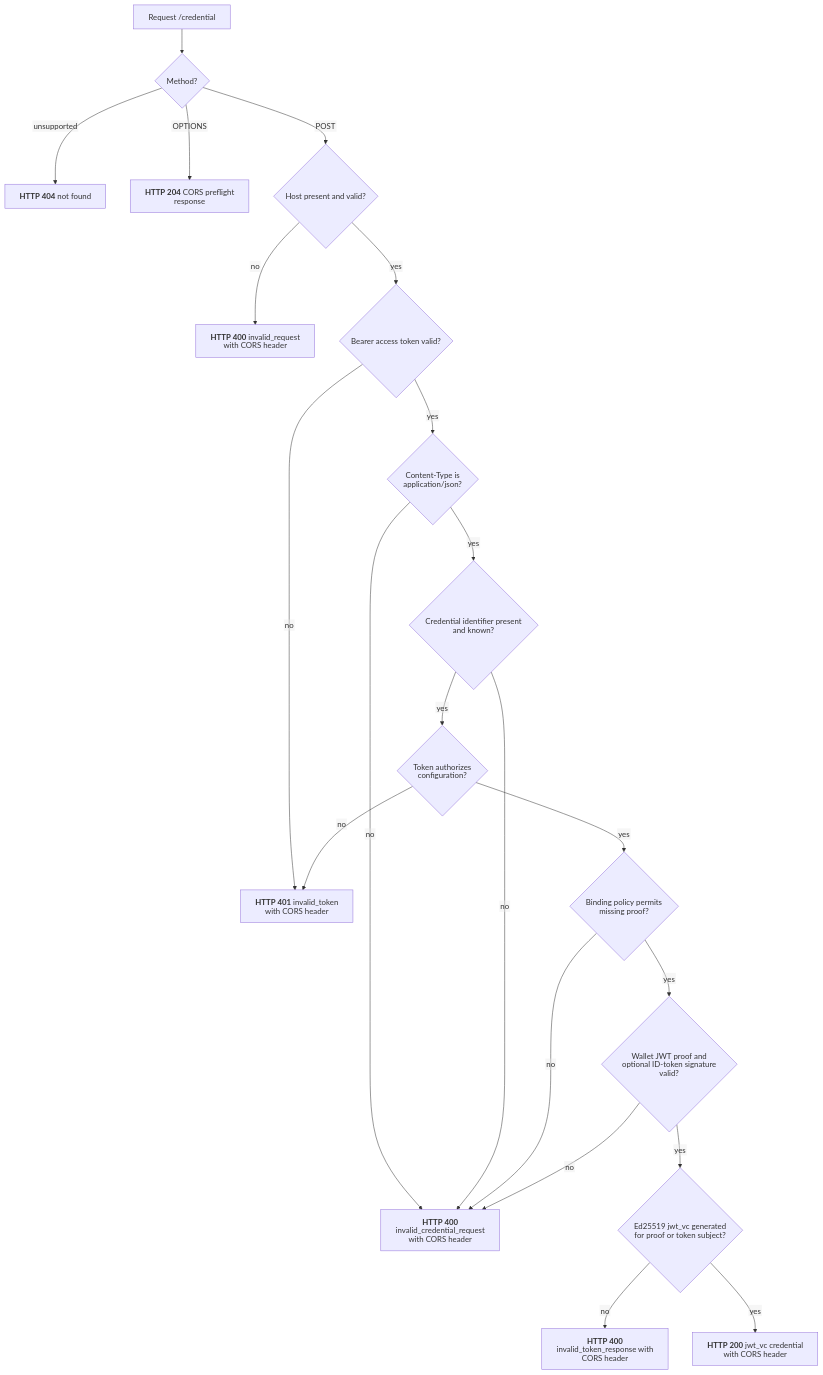
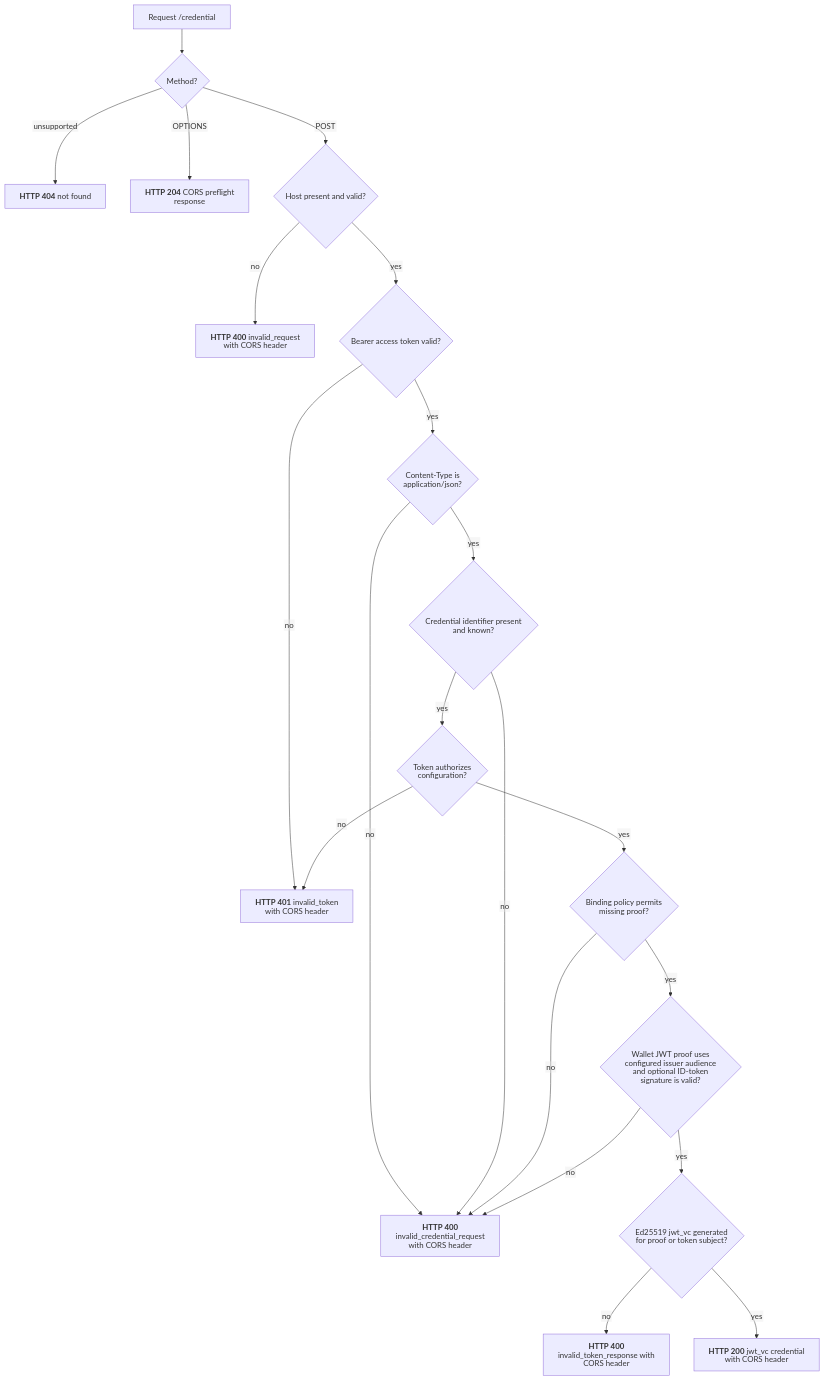
One commit to malach-it/kagome changed the diagram in docs/flows/openid4vci/credential_endpoint.mmd. Above: the diagram before and after it, drawn with Mermaid. The commit also changed 7 other files, not shown here.

Commit message:
fix: use configured issuer for proof audience

```diff
--- a/docs/flows/openid4vci/credential_endpoint.mmd
+++ b/docs/flows/openid4vci/credential_endpoint.mmd
@@ -1,22 +1,22 @@
 %%{init: {"htmlLabels": false, "flowchart": {"htmlLabels": false}}}%%
 flowchart TD
     start[Request /credential] --> method{Method?}
     method -- unsupported --> not_found["`**HTTP 404** not found`"]
     method -- OPTIONS --> preflight["`**HTTP 204** CORS preflight response`"]
     method -- POST --> host{Host present and valid?}
     host -- no --> request_error["`**HTTP 400** invalid_request with CORS header`"]
     host -- yes --> bearer{Bearer access token valid?}
     bearer -- no --> bearer_error["`**HTTP 401** invalid_token with CORS header`"]
     bearer -- yes --> media{Content-Type is application/json?}
     media -- no --> credential_error["`**HTTP 400** invalid_credential_request with CORS header`"]
     media -- yes --> configuration{Credential identifier present and known?}
     configuration -- no --> credential_error
     configuration -- yes --> authorized{Token authorizes configuration?}
     authorized -- no --> bearer_error
     authorized -- yes --> required{Binding policy permits missing proof?}
     required -- no --> credential_error
-    required -- yes --> proof{Wallet JWT proof and optional ID-token signature valid?}
+    required -- yes --> proof{Wallet JWT proof uses configured issuer audience and optional ID-token signature is valid?}
     proof -- no --> credential_error
     proof -- yes --> generate{Ed25519 jwt_vc generated for proof or token subject?}
     generate -- no --> generation_error["`**HTTP 400** invalid_token_response with CORS header`"]
     generate -- yes --> success["`**HTTP 200** jwt_vc credential with CORS header`"]
```
